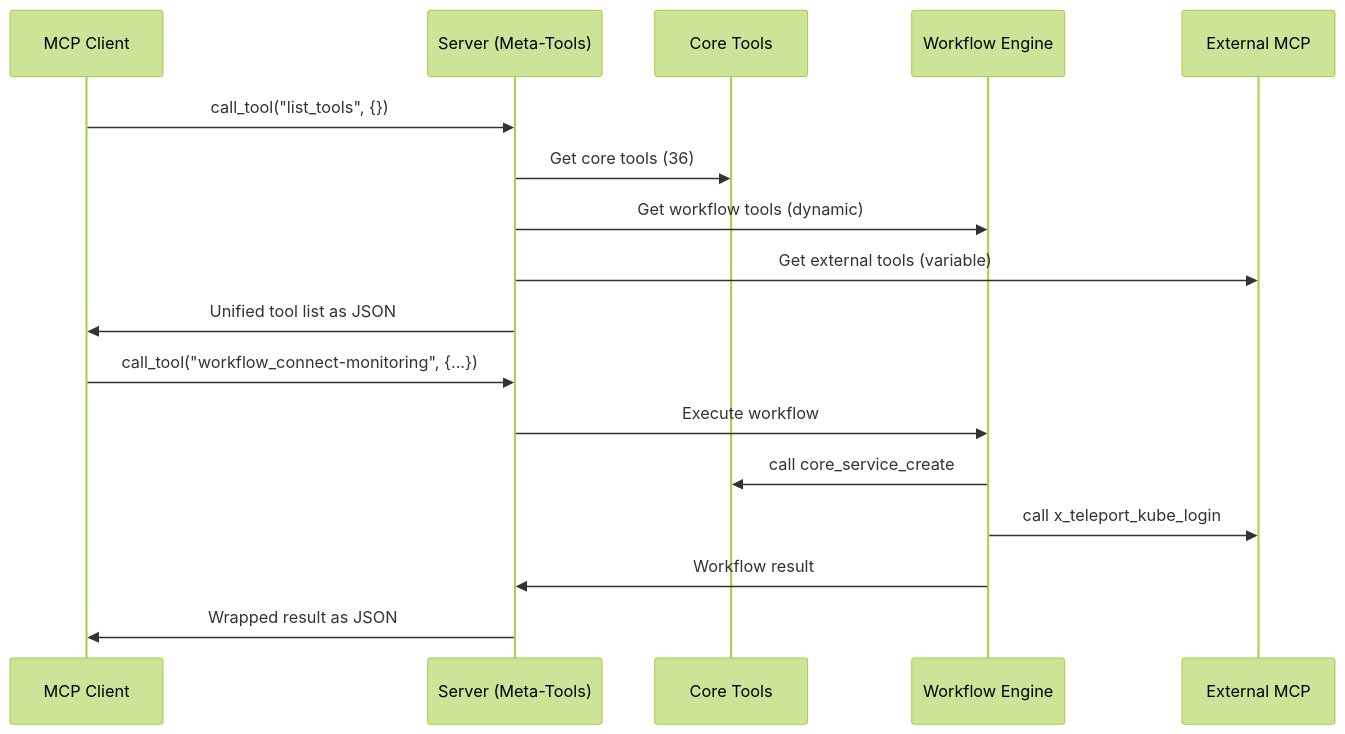
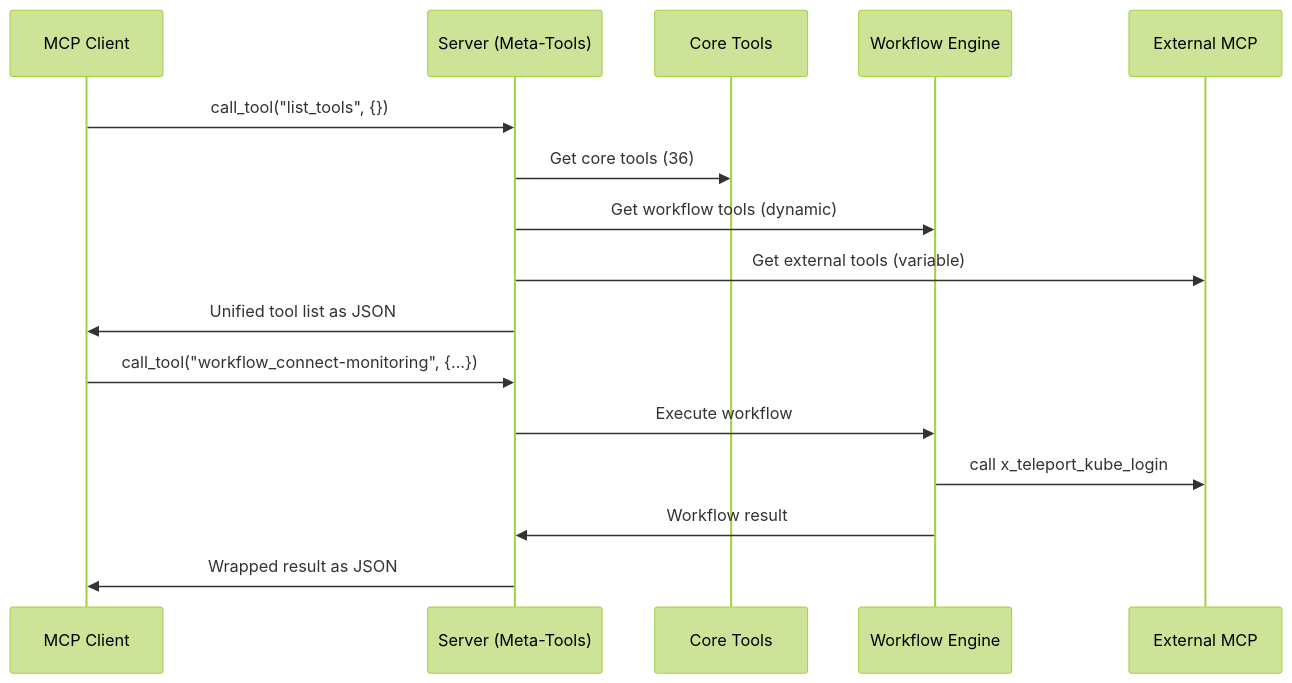
The fifth of 5 diagrams in docs/explanation/architecture.md (giantswarm/muster), drawn with Mermaid (forest theme) before and after one commit. The commit also changed other lines of this file and 52 other files, not shown here.

````diff
--- a/docs/explanation/architecture.md
+++ b/docs/explanation/architecture.md
@@ -223,21 +221,20 @@
 ```mermaid
 sequenceDiagram
     participant Client as MCP Client
     participant Server as Server (Meta-Tools)
     participant Core as Core Tools
     participant WF as Workflow Engine
     participant Ext as External MCP
 
     Client->>Server: call_tool("list_tools", {})
     Server->>Core: Get core tools (36)
     Server->>WF: Get workflow tools (dynamic)
     Server->>Ext: Get external tools (variable)
     Server->>Client: Unified tool list as JSON
 
     Client->>Server: call_tool("workflow_connect-monitoring", {...})
     Server->>WF: Execute workflow
-    WF->>Core: call core_service_create
     WF->>Ext: call x_teleport_kube_login
     WF->>Server: Workflow result
     Server->>Client: Wrapped result as JSON
 ```
````
